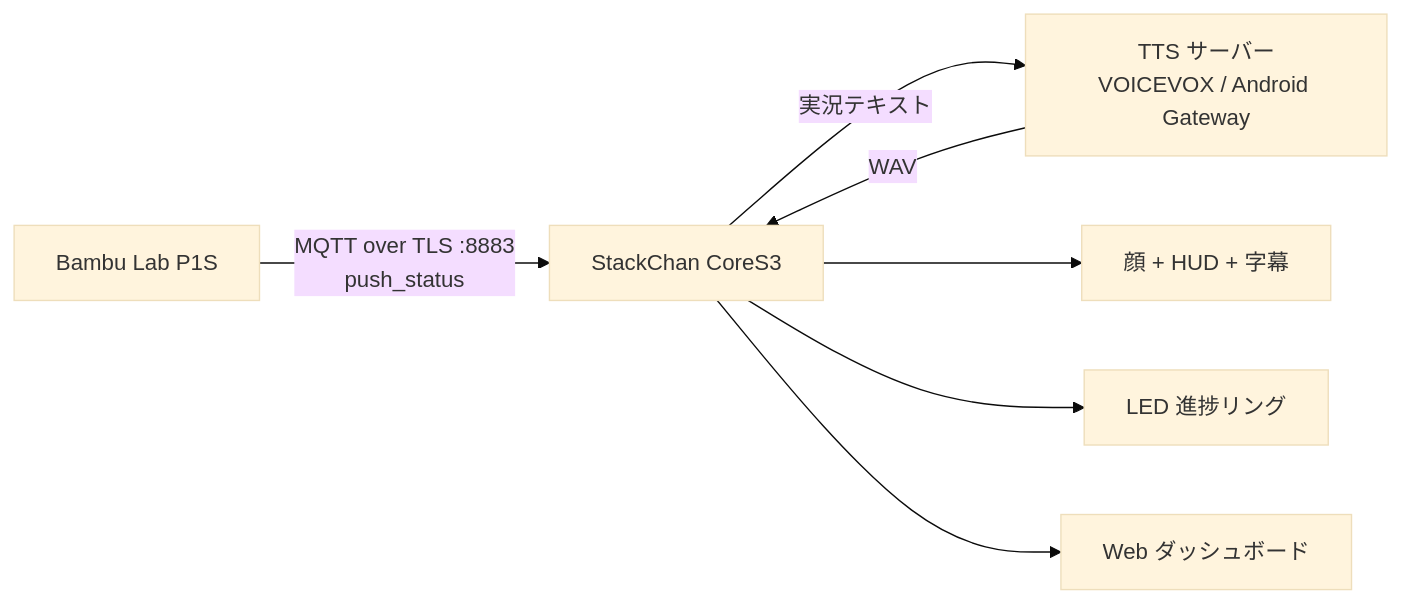
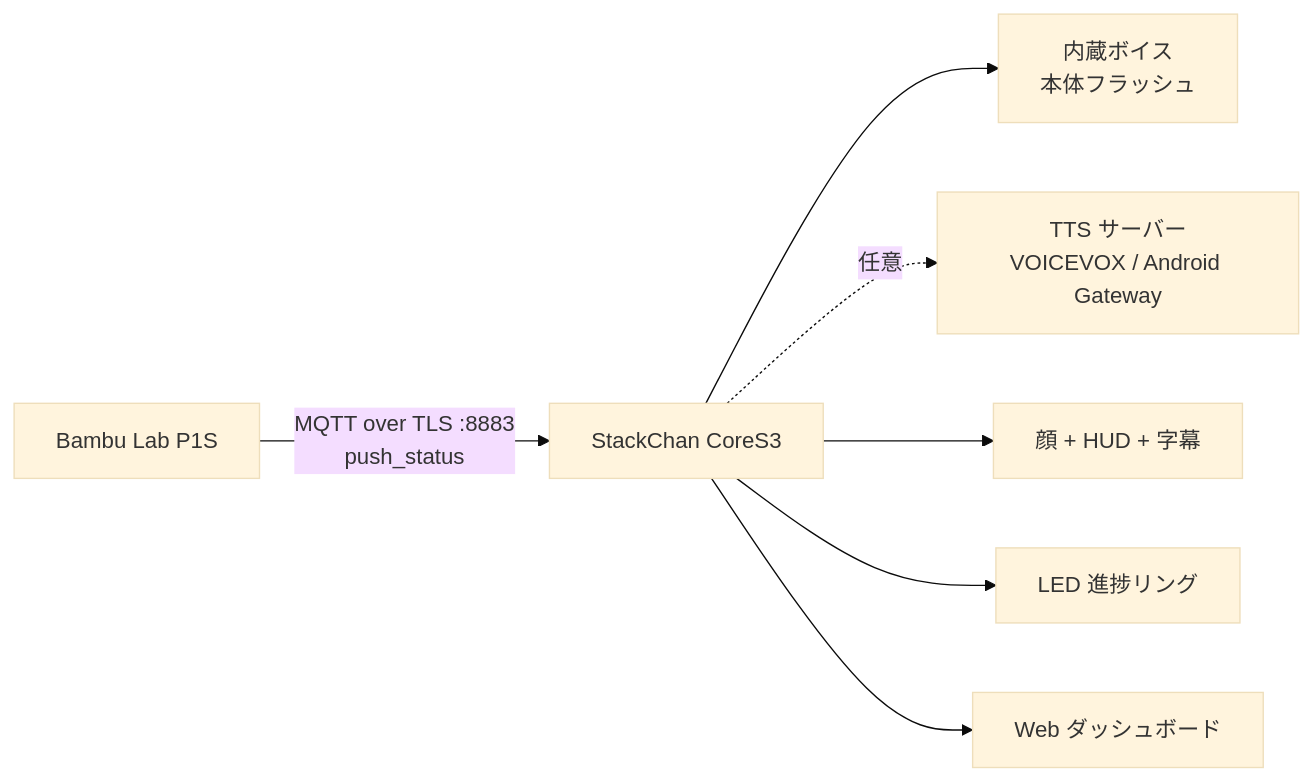
Before and after one commit to Xenoah/stackchan-mqtt: the diagram in README.md, drawn with Mermaid (base theme). The commit also changed other lines of this file and 12 other files, not shown here.

First line of the commit message:
Speak without a TTS server using a built-in VOICEVOX voice pack

````diff
--- a/README.md
+++ b/README.md
@@ -11,9 +11,9 @@
 ```mermaid
 flowchart LR
     P[Bambu Lab P1S] -->|MQTT over TLS :8883<br>push_status| S[StackChan CoreS3]
-    S -->|実況テキスト| T[TTS サーバー<br>VOICEVOX / Android Gateway]
-    T -->|WAV| S
+    S --> V[内蔵ボイス<br>本体フラッシュ]
+    S -.->|任意| T[TTS サーバー<br>VOICEVOX / Android Gateway]
     S --> F[顔 + HUD + 字幕]
     S --> L[LED 進捗リング]
     S --> W[Web ダッシュボード]
 ```
````
